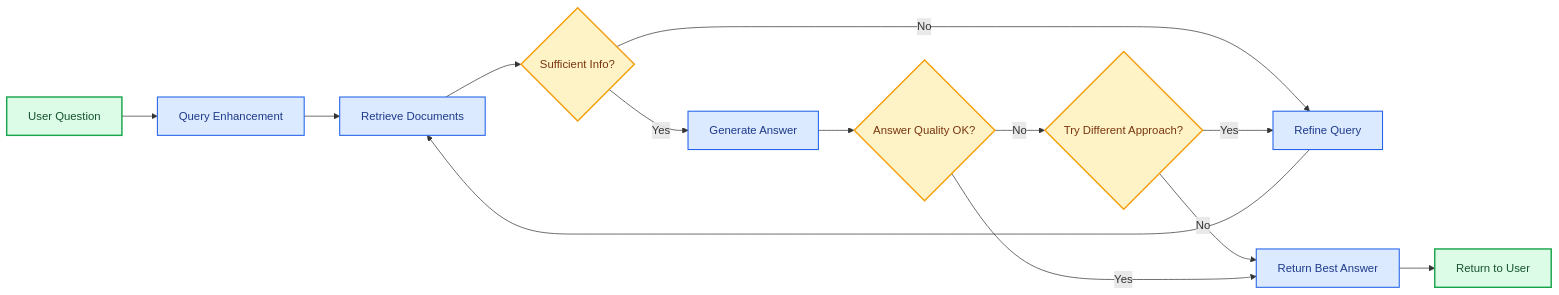
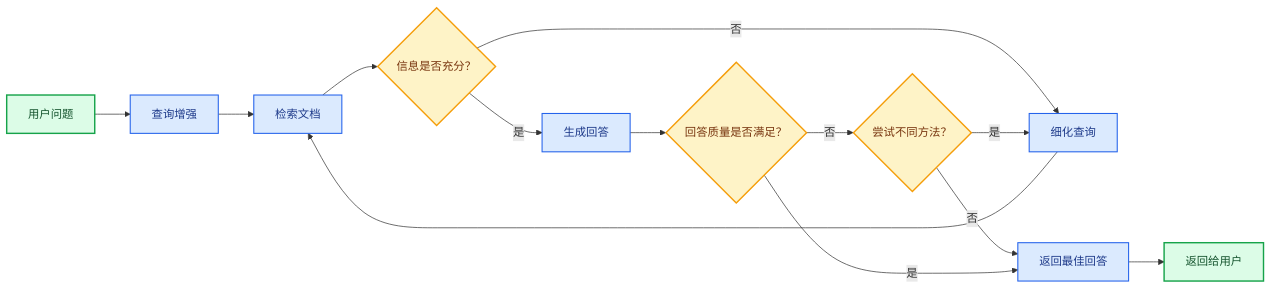
The fourth of 4 diagrams in oss/python/langchain/retrieval.mdx (kunfan96/cndocs-langchain), drawn with Mermaid before and after one commit. The commit also changed other lines of this file and 1450 other files, not shown here.

````diff
--- a/oss/python/langchain/retrieval.mdx
+++ b/oss/python/langchain/retrieval.mdx
@@ -324,23 +324,23 @@
 ```mermaid
 graph LR
-    A[User Question] --> B[Query Enhancement]
-    B --> C[Retrieve Documents]
-    C --> D{Sufficient Info?}
-    D -- No --> E[Refine Query]
+    A[用户问题] --> B[查询增强]
+    B --> C[检索文档]
+    C --> D{信息是否充分？}
+    D -- 否 --> E[细化查询]
     E --> C
-    D -- Yes --> F[Generate Answer]
-    F --> G{Answer Quality OK?}
-    G -- No --> H{Try Different Approach?}
-    H -- Yes --> E
-    H -- No --> I[Return Best Answer]
-    G -- Yes --> I
-    I --> J[Return to User]
+    D -- 是 --> F[生成回答]
+    F --> G{回答质量是否满足？}
+    G -- 否 --> H{尝试不同方法？}
+    H -- 是 --> E
+    H -- 否 --> I[返回最佳回答]
+    G -- 是 --> I
+    I --> J[返回给用户]
 
     classDef startend fill:#DCFCE7,stroke:#16A34A,stroke-width:2px,color:#14532D
     classDef decision fill:#FEF3C7,stroke:#F59E0B,stroke-width:2px,color:#78350F
     classDef process fill:#DBEAFE,stroke:#2563EB,stroke-width:1.5px,color:#1E3A8A
 
     class A,J startend
     class B,C,E,F,I process
     class D,G,H decision
 ```
````
